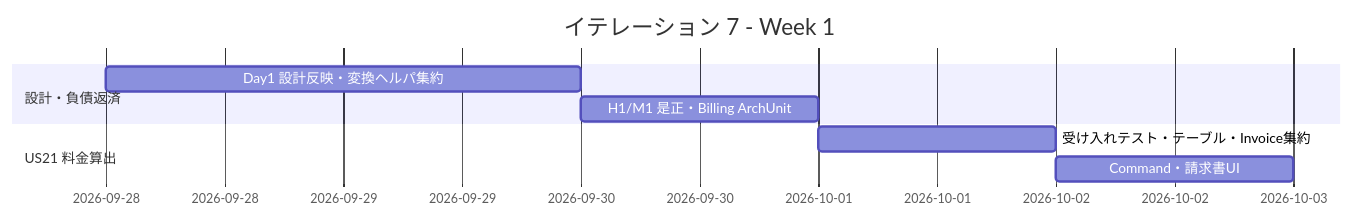
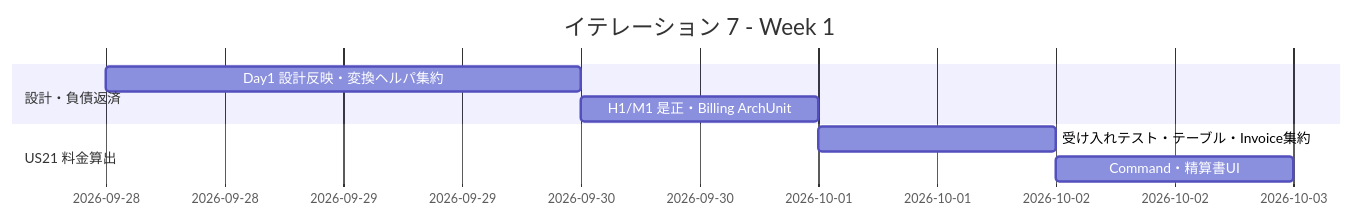
Before and after one commit to k2works/case-study-cargo-tracker: the first of 3 diagrams in docs/development/iteration_plan-7.md, drawn with Mermaid. The commit also changed other lines of this file and 4 other files, not shown here.

````diff
--- a/docs/development/iteration_plan-7.md
+++ b/docs/development/iteration_plan-7.md
@@ -180,11 +180,11 @@
 ```mermaid
 gantt
     title イテレーション 7 - Week 1
     dateFormat  YYYY-MM-DD
     section 設計・負債返済
     Day1 設計反映・変換ヘルパ集約     :d0, 2026-09-28, 2d
     H1/M1 是正・Billing ArchUnit      :d1, after d0, 1d
     section US21 料金算出
     受け入れテスト・テーブル・Invoice集約 :d2, after d1, 1d
-    Command・請求書UI                 :d3, after d2, 1d
+    Command・精算書UI                 :d3, after d2, 1d
 ```
````
